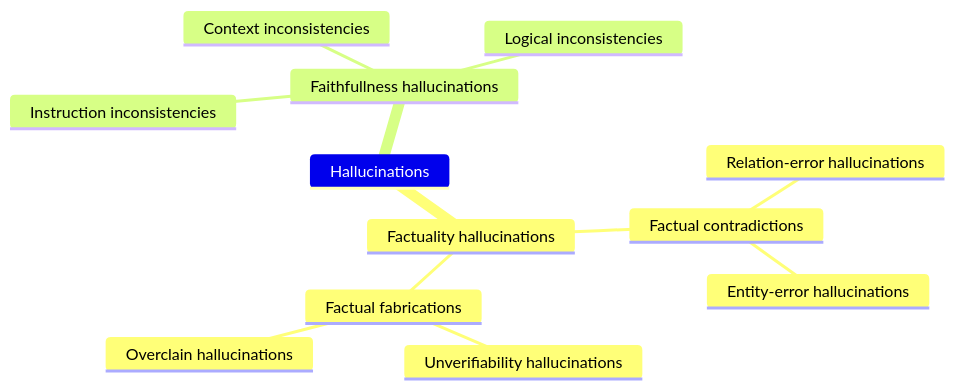
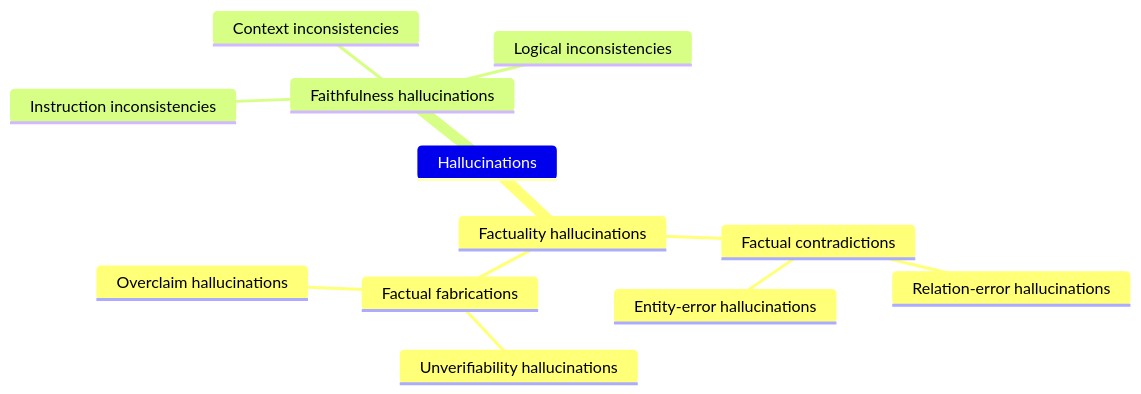
The fourth of 10 diagrams in lectures/large-language-models-for-software-engineering.md (fglmtt/coding), drawn with Mermaid before and after one commit. The commit also changed other lines of this file, not shown here.

````diff
--- a/lectures/large-language-models-for-software-engineering.md
+++ b/lectures/large-language-models-for-software-engineering.md
@@ -181,15 +181,15 @@
 ```mermaid
 mindmap
     Hallucinations
         Factuality hallucinations
             Factual contradictions
                 Relation-error hallucinations
                 Entity-error hallucinations
             Factual fabrications
                 Unverifiability hallucinations
-                Overclain hallucinations
-        Faithfullness hallucinations
+                Overclaim hallucinations
+        Faithfulness hallucinations
             Instruction inconsistencies
             Context inconsistencies
             Logical inconsistencies
 ```
````
